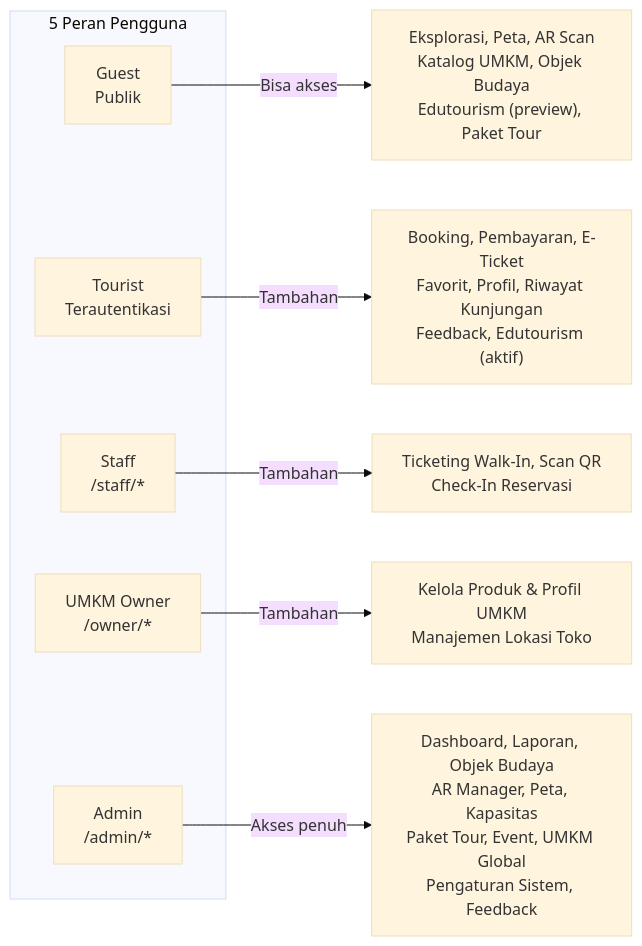
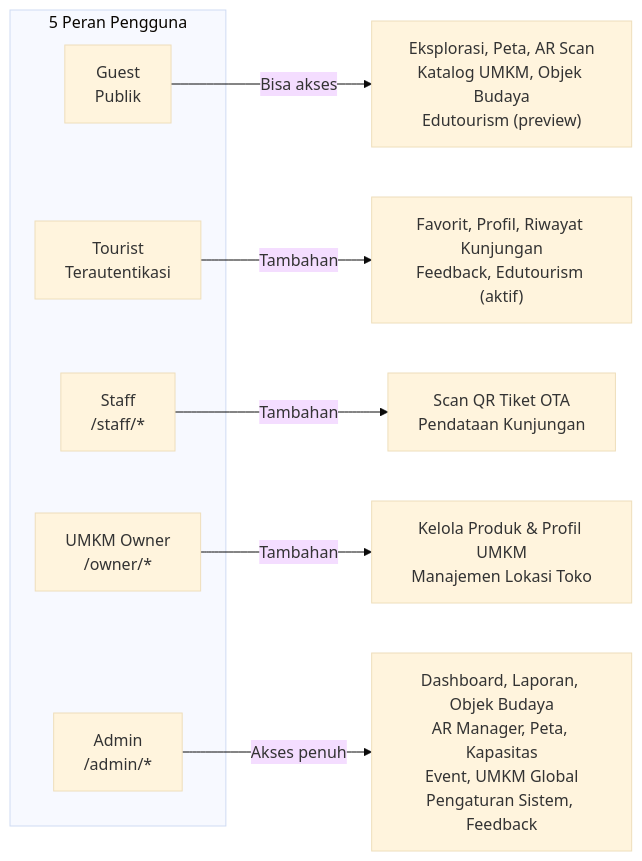
Before and after one commit to Andndre/ganesha_smart_edutourism: the second of 4 diagrams in README.md, drawn with Mermaid (base theme). The commit also changed other lines of this file and 11 other files, not shown here.

````diff
--- a/README.md
+++ b/README.md
@@ -94,16 +92,16 @@
 ```mermaid
 graph LR
     subgraph Roles["5 Peran Pengguna"]
         G[Guest<br/>Publik]
         U[Tourist<br/>Terautentikasi]
         S[Staff<br/>/staff/*]
         OW[UMKM Owner<br/>/owner/*]
         A[Admin<br/>/admin/*]
     end
 
-    G -->|Bisa akses| PUB["Eksplorasi, Peta, AR Scan<br/>Katalog UMKM, Objek Budaya<br/>Edutourism (preview), Paket Tour"]
-    U -->|Tambahan| AUTH["Booking, Pembayaran, E-Ticket<br/>Favorit, Profil, Riwayat Kunjungan<br/>Feedback, Edutourism (aktif)"]
-    S -->|Tambahan| STAFF["Ticketing Walk-In, Scan QR<br/>Check-In Reservasi"]
+    G -->|Bisa akses| PUB["Eksplorasi, Peta, AR Scan<br/>Katalog UMKM, Objek Budaya<br/>Edutourism (preview)"]
+    U -->|Tambahan| AUTH["Favorit, Profil, Riwayat Kunjungan<br/>Feedback, Edutourism (aktif)"]
+    S -->|Tambahan| STAFF["Scan QR Tiket OTA<br/>Pendataan Kunjungan"]
     OW -->|Tambahan| OWNER["Kelola Produk & Profil UMKM<br/>Manajemen Lokasi Toko"]
-    A -->|Akses penuh| ADMIN["Dashboard, Laporan, Objek Budaya<br/>AR Manager, Peta, Kapasitas<br/>Paket Tour, Event, UMKM Global<br/>Pengaturan Sistem, Feedback"]
+    A -->|Akses penuh| ADMIN["Dashboard, Laporan, Objek Budaya<br/>AR Manager, Peta, Kapasitas<br/>Event, UMKM Global<br/>Pengaturan Sistem, Feedback"]
 ```
````
